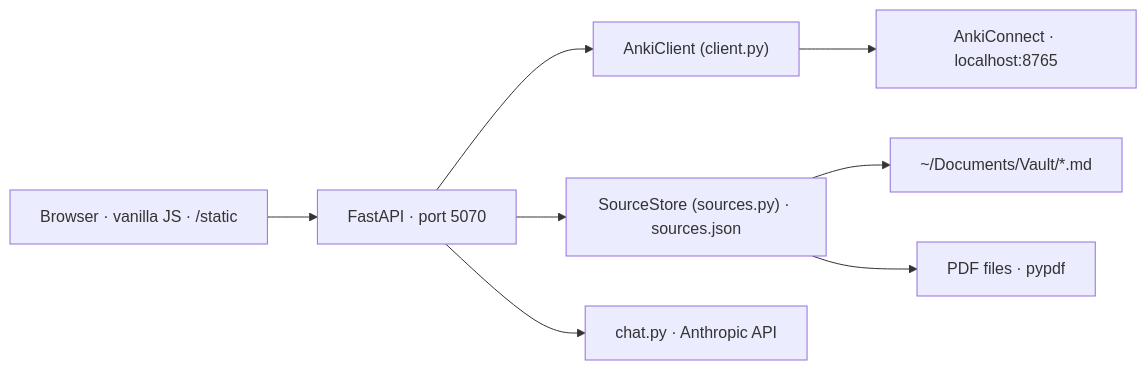
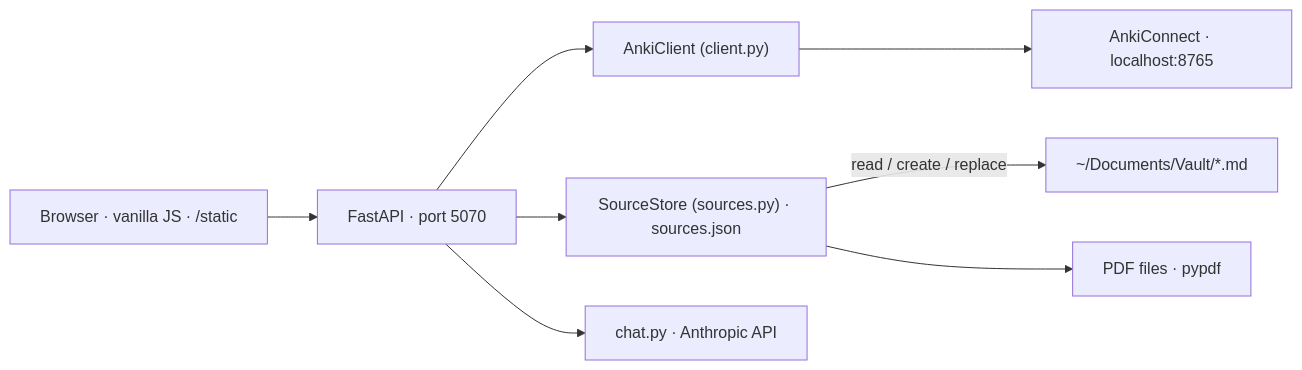
The diagram in specs/00-overview.md (Vaillus/anki_assistant), drawn with Mermaid before and after one commit. The commit also changed other lines of this file and 15 other files, not shown here.

First line of the commit message:
Give chat read tools over decks and notes, and let it attach sources

````diff
--- a/specs/00-overview.md
+++ b/specs/00-overview.md
@@ -39,9 +40,9 @@
 ```mermaid
 graph LR
     UI["Browser · vanilla JS · /static"] --> API["FastAPI · port 5070"]
     API --> Client["AnkiClient (client.py)"] --> AC["AnkiConnect · localhost:8765"]
     API --> Sources["SourceStore (sources.py) · sources.json"]
-    Sources --> Vault["~/Documents/Vault/*.md"]
+    Sources -- read / create / replace --> Vault["~/Documents/Vault/*.md"]
     Sources --> PDF["PDF files · pypdf"]
     API --> Chat["chat.py · Anthropic API"]
 ```
````
